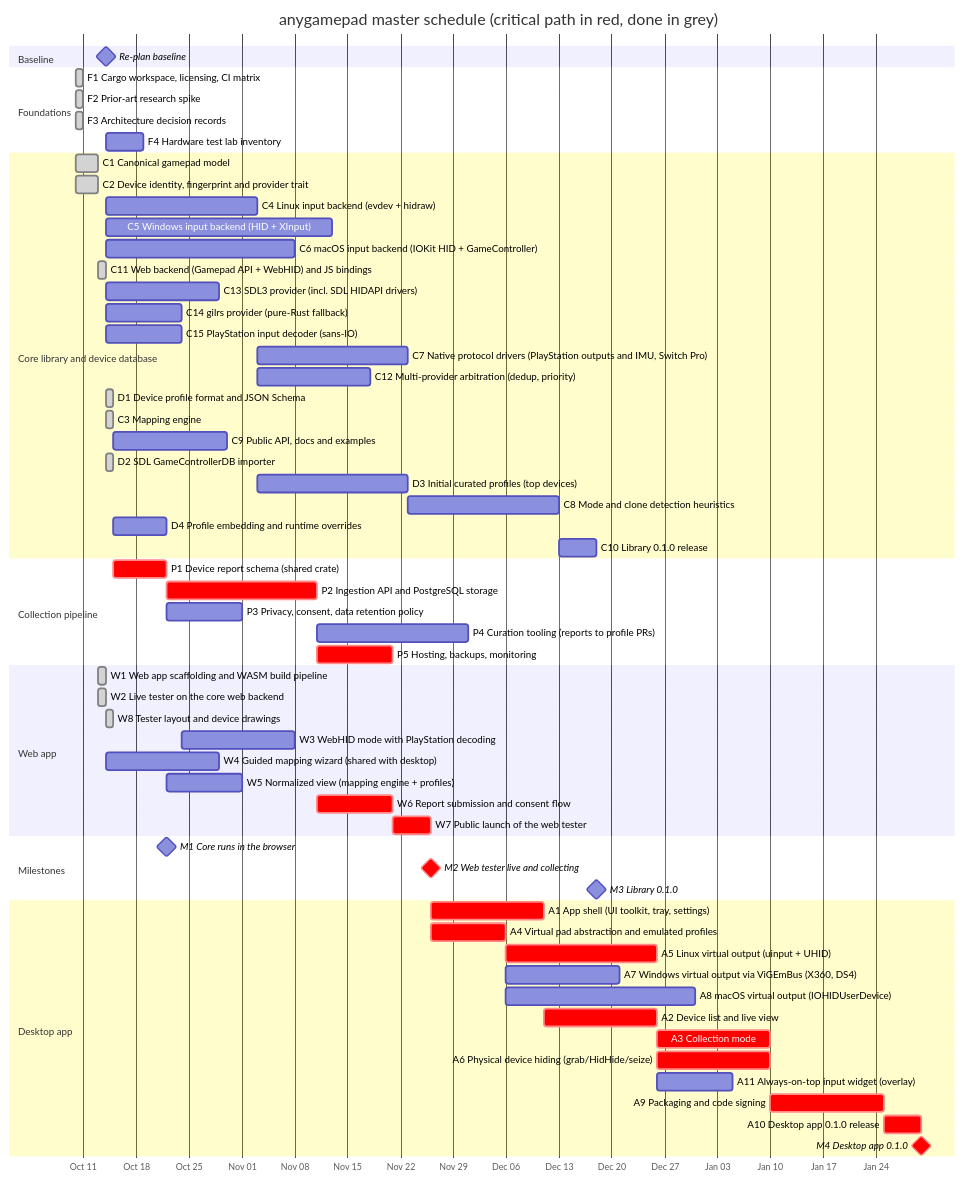
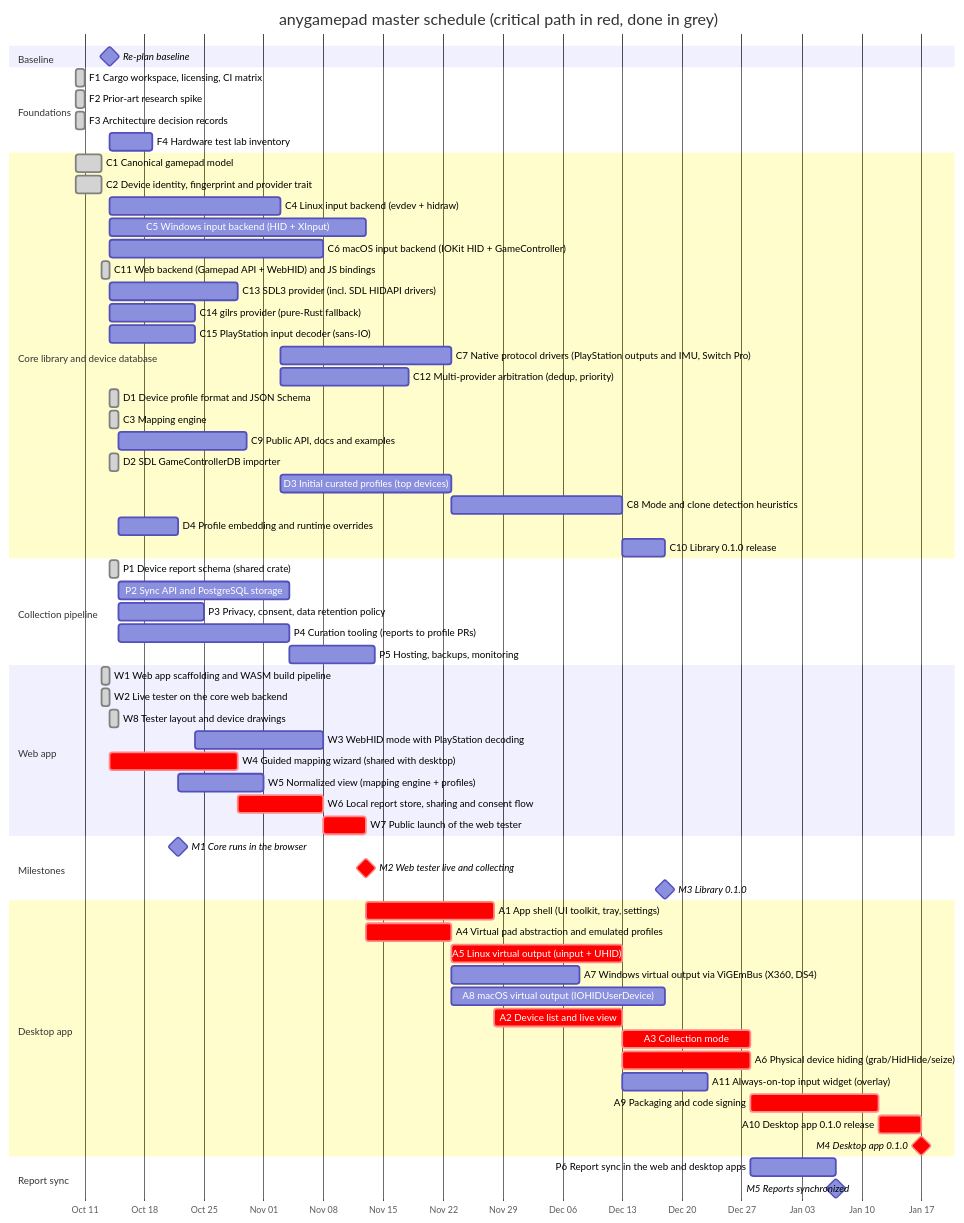
One commit to anygamepad/anygamepad.github.io changed the second of 3 diagrams in ROADMAP/2026-10-14/README.md. Above: the diagram before and after it, drawn with Mermaid. The commit also changed other lines of this file and 7 other files, not shown here.

First line of the commit message:
Roadmap 2026-10-14: re-plan around ADR 0007, P1 done

````diff
--- a/ROADMAP/2026-10-14/README.md
+++ b/ROADMAP/2026-10-14/README.md
@@ -161,65 +186,68 @@
 ```mermaid
 gantt
     dateFormat YYYY-MM-DD
     axisFormat %b %d
     title anygamepad master schedule (critical path in red, done in grey)
     section Baseline
     Re-plan baseline :milestone, t0, 2026-10-14, 0d
     section Foundations
     F1 Cargo workspace, licensing, CI matrix :done, f1, 2026-10-10, 1d
     F2 Prior-art research spike :done, f2, 2026-10-10, 1d
     F3 Architecture decision records :done, f3, 2026-10-10, 1d
     F4 Hardware test lab inventory :f4, after f2 t0, 5d
     section Core library and device database
     C1 Canonical gamepad model :done, c1, 2026-10-10, 3d
     C2 Device identity, fingerprint and provider trait :done, c2, 2026-10-10, 3d
     C4 Linux input backend (evdev + hidraw) :c4, after c1 c2 t0, 20d
     C5 Windows input backend (HID + XInput) :c5, after c1 c2 t0, 30d
     C6 macOS input backend (IOKit HID + GameController) :c6, after c1 c2 t0, 25d
     C11 Web backend (Gamepad API + WebHID) and JS bindings :done, c11, 2026-10-13, 1d
     C13 SDL3 provider (incl. SDL HIDAPI drivers) :c13, after c1 c2 t0, 15d
     C14 gilrs provider (pure-Rust fallback) :c14, after c1 c2 t0, 10d
     C15 PlayStation input decoder (sans-IO) :c15, after c1 c2 t0, 10d
     C7 Native protocol drivers (PlayStation outputs and IMU, Switch Pro) :c7, after c4 c15, 20d
     C12 Multi-provider arbitration (dedup, priority) :c12, after c4 c13, 15d
     D1 Device profile format and JSON Schema :done, d1, 2026-10-14, 1d
     C3 Mapping engine :done, c3, 2026-10-14, 1d
     C9 Public API, docs and examples :c9, after c3, 15d
     D2 SDL GameControllerDB importer :done, d2, 2026-10-14, 1d
     D3 Initial curated profiles (top devices) :d3, after d1 c4 f4, 20d
     C8 Mode and clone detection heuristics :c8, after c3 c4 d3, 20d
     D4 Profile embedding and runtime overrides :d4, after d1 c3, 7d
     C10 Library 0.1.0 release :c10, after c5 c6 c7 c8 c9 c11 c12 c14 d4, 5d
     section Collection pipeline
-    P1 Device report schema (shared crate) :crit, p1, after c2 d1 t0, 7d
-    P2 Ingestion API and PostgreSQL storage :crit, p2, after p1, 20d
-    P3 Privacy, consent, data retention policy :p3, after p1, 10d
-    P4 Curation tooling (reports to profile PRs) :p4, after p2 d1, 20d
-    P5 Hosting, backups, monitoring :crit, p5, after p2, 10d
+    P1 Device report schema (shared crate) :done, p1, 2026-10-14, 1d
+    P2 Sync API and PostgreSQL storage :p2, after p1 t0, 20d
+    P3 Privacy, consent, data retention policy :p3, after p1 t0, 10d
+    P4 Curation tooling (reports to profile PRs) :p4, after p1 d1 t0, 20d
+    P5 Hosting, backups, monitoring :p5, after p2, 10d
     section Web app
     W1 Web app scaffolding and WASM build pipeline :done, w1, 2026-10-13, 1d
     W2 Live tester on the core web backend :done, w2, 2026-10-13, 1d
     W8 Tester layout and device drawings :done, w8, 2026-10-14, 1d
     W3 WebHID mode with PlayStation decoding :w3, after w2 c15 w8, 15d
-    W4 Guided mapping wizard (shared with desktop) :w4, after w2 t0, 15d
+    W4 Guided mapping wizard (shared with desktop) :crit, w4, after w2 t0, 15d
     W5 Normalized view (mapping engine + profiles) :w5, after w2 c3 d2 d4, 10d
-    W6 Report submission and consent flow :crit, w6, after w4 p1 p2 p3, 10d
-    W7 Public launch of the web tester :crit, w7, after w5 w6 p5, 5d
+    W6 Local report store, sharing and consent flow :crit, w6, after w4 p1 p3, 10d
+    W7 Public launch of the web tester :crit, w7, after w5 w6, 5d
     section Milestones
     M1 Core runs in the browser :milestone, m1, after c3 c11 d4, 0d
     M2 Web tester live and collecting :milestone, crit, m2, after w7, 0d
     M3 Library 0.1.0 :milestone, m3, after c10, 0d
     section Desktop app
     A1 App shell (UI toolkit, tray, settings) :crit, a1, after f3 m2, 15d
     A4 Virtual pad abstraction and emulated profiles :crit, a4, after c1 m2, 10d
     A5 Linux virtual output (uinput + UHID) :crit, a5, after a4 c4, 20d
     A7 Windows virtual output via ViGEmBus (X360, DS4) :a7, after a4 c5, 15d
     A8 macOS virtual output (IOHIDUserDevice) :a8, after a4 c6, 25d
     A2 Device list and live view :crit, a2, after a1 c4, 15d
-    A3 Collection mode :crit, a3, after a2 w4 p2 p3, 15d
+    A3 Collection mode :crit, a3, after a2 w4 p1 p3, 15d
     A6 Physical device hiding (grab/HidHide/seize) :crit, a6, after a5 c5 c6, 15d
     A11 Always-on-top input widget (overlay) :a11, after a2, 10d
     A9 Packaging and code signing :crit, a9, after a3 a6 a7 a8 a11, 15d
     A10 Desktop app 0.1.0 release :crit, a10, after a9 c10, 5d
     M4 Desktop app 0.1.0 :milestone, crit, m4, after a10, 0d
+    section Report sync
+    P6 Report sync in the web and desktop apps :p6, after p2 w6 a3, 10d
+    M5 Reports synchronized :milestone, m5, after p5 p6, 0d
 ```
````
